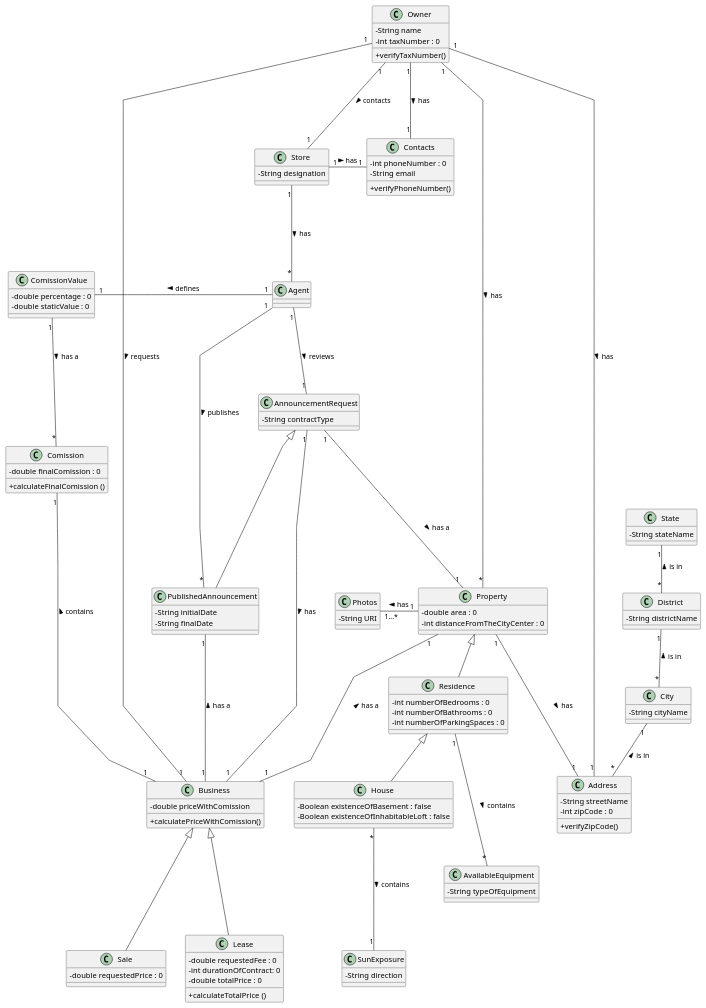
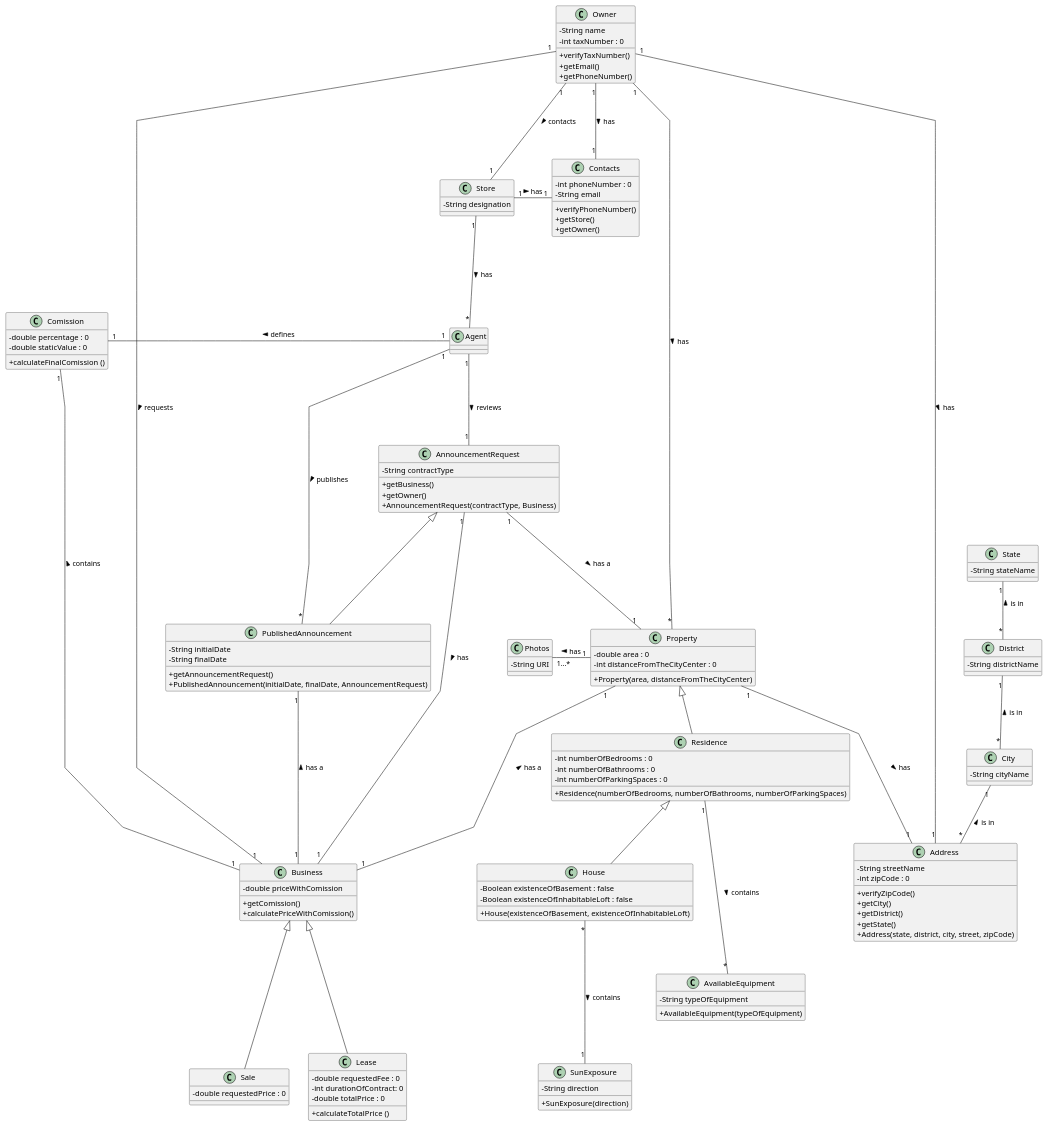
Before and after one commit to PureNimble/ISEP-LAPR2: the diagram in docs/sprintB/US02/03.design/puml/us02-class-diagram.puml, drawn with PlantUML. The commit also changed 1 other file, not shown here.

Commit message:
Correction (comission)

```diff
--- a/docs/sprintB/US02/03.design/puml/us02-class-diagram.puml
+++ b/docs/sprintB/US02/03.design/puml/us02-class-diagram.puml
@@ -1,158 +1,180 @@
 @startuml
 'skinparam monochrome true
 skinparam packageStyle rectangle
 skinparam shadowing false
 skinparam linetype polyline
 'skinparam linetype orto
 
 skinparam classAttributeIconSize 0
 
 'left to right direction
 
 class Address {
     -String streetName
     -int zipCode : 0
 
     +verifyZipCode()
+    +getCity()
+    +getDistrict()
+    +getState()
+    +Address(state, district, city, street, zipCode)
+
 }
 
 class City {
     - String cityName
 }
 
 class District {
     - String districtName
 }
 
 class State {
     - String stateName
 }
 
 
 
 
 class Contacts {
     - int phoneNumber : 0
     - String email
 
     +verifyPhoneNumber()
+    +getStore()
+    +getOwner()
 }
 
 class Business {
     -double priceWithComission
 
+    +getComission()
     +calculatePriceWithComission()
 }
 
 class Store {
     - String designation
 }
 
 class Owner {
     - String name
     - int taxNumber : 0
 
     +verifyTaxNumber()
+    +getEmail()
+    +getPhoneNumber()
 }
 
 
 
 
 class Residence {
     - int numberOfBedrooms : 0
     - int numberOfBathrooms : 0
     - int numberOfParkingSpaces : 0
+
+    +Residence(numberOfBedrooms, numberOfBathrooms, numberOfParkingSpaces)
 }
 
 class Property {
     - double area : 0
     - int distanceFromTheCityCenter : 0
+
+    +Property(area, distanceFromTheCityCenter)
 }
 
 class Photos{
     - String URI
 }
 
 class House {
     - Boolean existenceOfBasement : false
     - Boolean existenceOfInhabitableLoft : false
+
+    +House(existenceOfBasement, existenceOfInhabitableLoft)
 }
 
 class SunExposure {
     - String direction
+
+    +SunExposure(direction)
 }
 
 class AvailableEquipment {
     - String typeOfEquipment
+
+    +AvailableEquipment(typeOfEquipment)
 }
 
 
 
 class Comission{
-    - double finalComission : 0
+     - double percentage : 0
+     - double staticValue : 0
 
     + calculateFinalComission ()
-}
-
-class ComissionValue {
-    - double percentage : 0
-    - double staticValue : 0
 }
 
 class Sale{
     - double requestedPrice : 0
 }
 
 class Lease {
     - double requestedFee : 0
     - int durationOfContract: 0
     - double totalPrice : 0
 
     +calculateTotalPrice ()
 }
 
 class AnnouncementRequest {
     - String contractType
+
+    +getBusiness()
+    +getOwner()
+    +AnnouncementRequest(contractType, Business)
 }
 
 class PublishedAnnouncement {
     - String initialDate
     - String finalDate
+
+    +getAnnouncementRequest()
+    +PublishedAnnouncement(initialDate, finalDate, AnnouncementRequest)
 }
 
 City "1"-- "*" Address: is in <
 District "1"-- "*" City: is in <
 State "1"-- "*" District: is in <
 
 
 Owner "1" -down-- "1" Contacts: has >
 Store "1" -right-- "1" Contacts: has >
 Address "1" -left-- "1" Owner: has <
 Owner "1" -down-- "1" Store: contacts >
 Agent "*" -up-- "1" Store: has <
 
 
 Residence <|-down- House
 Property <|-down- Residence
 Property "1" -left-- "1...*" Photos: has >
 SunExposure "1" -up-- "*" House: contains <
 Address "1" -up-- "1" Property: has <
 Owner "1" -down-- "*" Property: has >
 AvailableEquipment "*" -up-- "1" Residence: contains <
 
 
-ComissionValue "1" -right-- "1" Agent: defines <
+Comission "1" -right-- "1" Agent: defines <
 Comission "1" --- "1" Business: contains <
-ComissionValue "1" --- "*" Comission : has a >
 Owner "1" --- "1" Business: requests >
 Property "1" --- "1" Business: has a <
 AnnouncementRequest "1" --- "1" Business: has >
 Agent "1" --- "1" AnnouncementRequest : reviews >
 AnnouncementRequest "1" --- "1" Property: has a >
 AnnouncementRequest  <|---  PublishedAnnouncement
 PublishedAnnouncement "*" --- "1" Agent: publishes <
 PublishedAnnouncement "1" --- "1" Business: has a <
 Business <|--- Lease
 Business <|--- Sale
 
 @enduml
```
